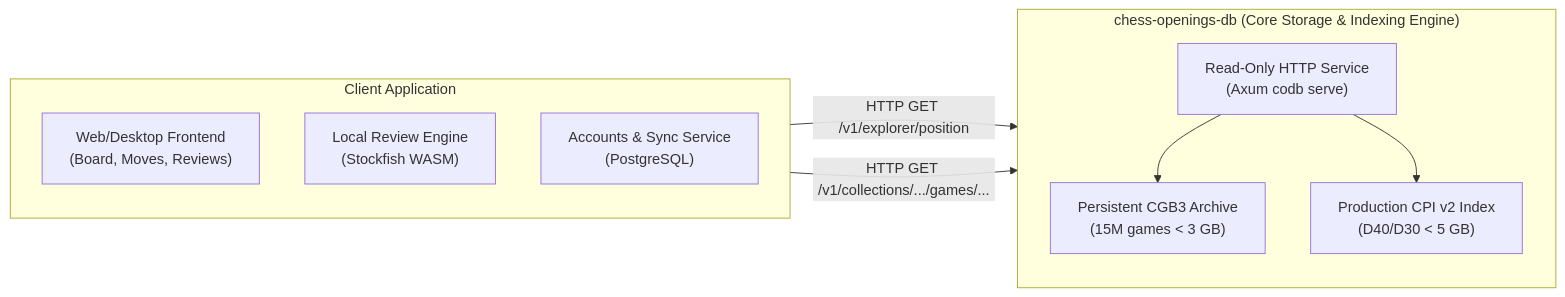
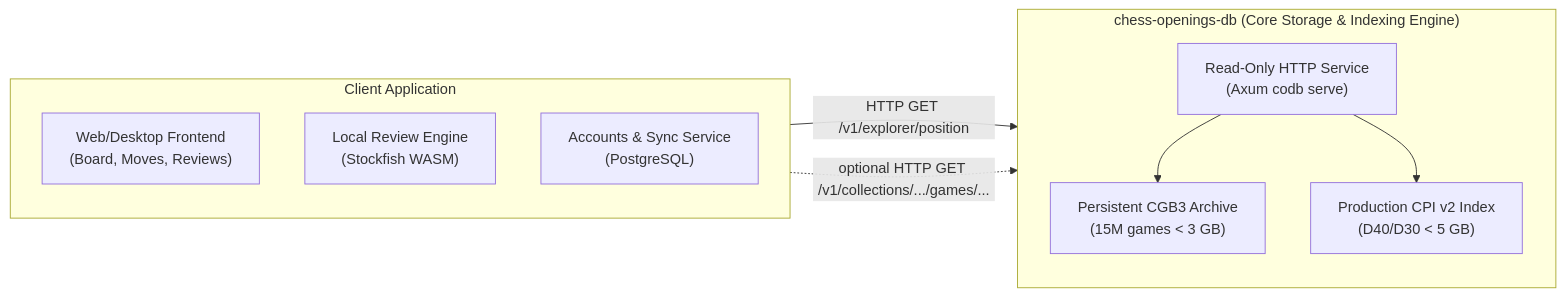
Before and after one commit to Nerver-zip/chess-database-api: the fourth of 4 diagrams in docs/ARCHITECTURE.md, drawn with Mermaid. The commit also changed other lines of this file and 96 other files, not shown here.

````diff
--- a/docs/ARCHITECTURE.md
+++ b/docs/ARCHITECTURE.md
@@ -244,21 +245,21 @@
 ```mermaid
 graph LR
     subgraph Engine["chess-openings-db (Core Storage & Indexing Engine)"]
         direction TB
         DB_STORE["Persistent CGB3 Archive<br/>(15M games < 3 GB)"]
         DB_INDEX["Production CPI v2 Index<br/>(D40/D30 < 5 GB)"]
         DB_API["Read-Only HTTP Service<br/>(Axum codb serve)"]
     end
 
     subgraph Client["Client Application"]
         direction TB
         CLIENT_WEB["Web/Desktop Frontend<br/>(Board, Moves, Reviews)"]
         CLIENT_LOCAL["Local Review Engine<br/>(Stockfish WASM)"]
         CLIENT_SYNC["Accounts & Sync Service<br/>(PostgreSQL)"]
     end
 
     CLIENT_WEB -->|HTTP GET /v1/explorer/position| DB_API
-    CLIENT_WEB -->|HTTP GET /v1/collections/.../games/...| DB_API
+    CLIENT_WEB -.->|optional HTTP GET /v1/collections/.../games/...| DB_API
     DB_API --> DB_INDEX
     DB_API --> DB_STORE
 ```
````
